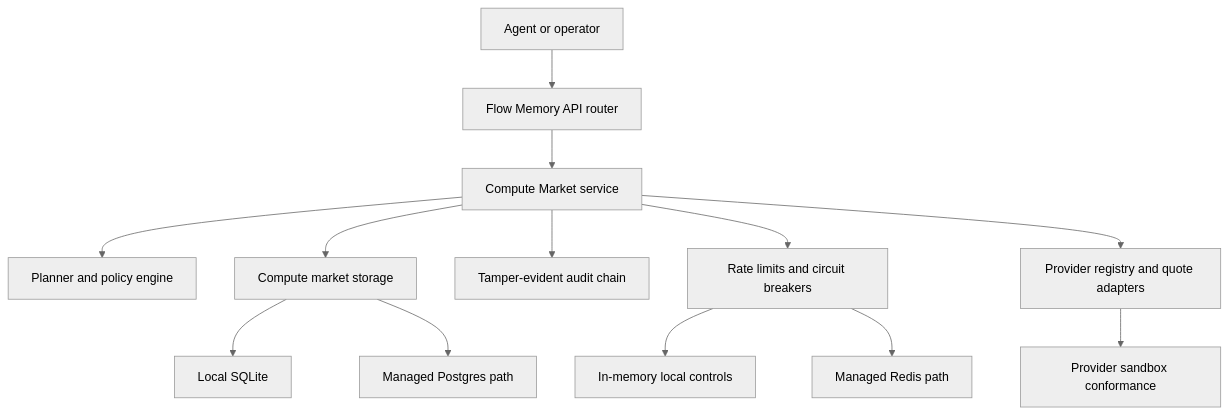
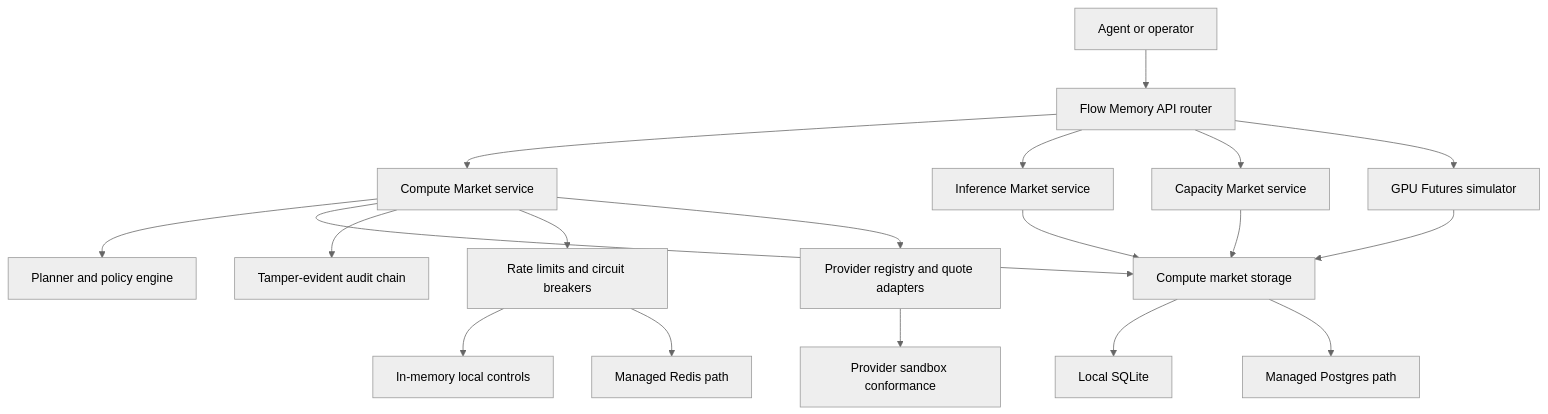
One commit to FlowmemoryAI/flow-memory changed the first of 6 diagrams in docs/ops/MULTI_DAY_BUILDOUT_STATUS.md. Above: the diagram before and after it, drawn with Mermaid (neutral theme). The commit also changed other lines of this file, not shown here.

Commit message:
Refresh market buildout status

````diff
--- a/docs/ops/MULTI_DAY_BUILDOUT_STATUS.md
+++ b/docs/ops/MULTI_DAY_BUILDOUT_STATUS.md
@@ -9,15 +9,21 @@
 ```mermaid
 flowchart TD
     Agent[Agent or operator] --> API[Flow Memory API router]
     API --> Compute[Compute Market service]
+    API --> Inference[Inference Market service]
+    API --> Capacity[Capacity Market service]
+    API --> Futures[GPU Futures simulator]
     Compute --> Planner[Planner and policy engine]
     Compute --> Store[Compute market storage]
+    Inference --> Store
+    Capacity --> Store
+    Futures --> Store
     Compute --> Audit[Tamper-evident audit chain]
     Compute --> Controls[Rate limits and circuit breakers]
     Store --> SQLite[Local SQLite]
     Store --> Postgres[Managed Postgres path]
     Controls --> Memory[In-memory local controls]
     Controls --> Redis[Managed Redis path]
     Compute --> Providers[Provider registry and quote adapters]
     Providers --> Sandbox[Provider sandbox conformance]
 ```
````
